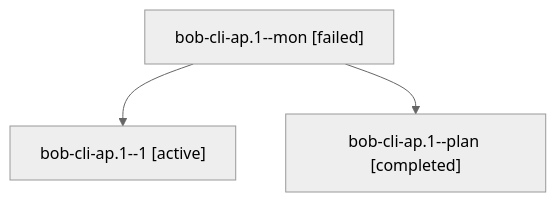
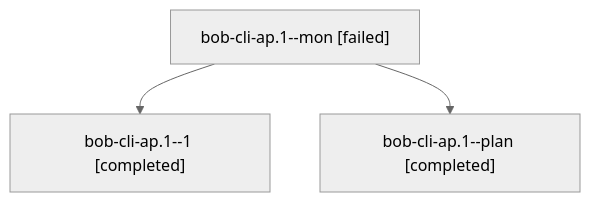
Before and after one commit to bobs-org/bob-cli--agents: the diagram in sessions/bbugyi200.athena.bob-cli-ap.1.md, drawn with Mermaid (neutral theme). The commit also changed other lines of this file and 14 other files, not shown here.

````diff
--- a/sessions/bbugyi200.athena.bob-cli-ap.1.md
+++ b/sessions/bbugyi200.athena.bob-cli-ap.1.md
@@ -9,8 +9,8 @@
 ```mermaid
 flowchart TD
   n0["bob-cli-ap.1--mon [failed]"]
-  n1["bob-cli-ap.1--1 [active]"]
+  n1["bob-cli-ap.1--1 [completed]"]
   n0 --> n1
   n2["bob-cli-ap.1--plan [completed]"]
   n0 --> n2
 ```
````
